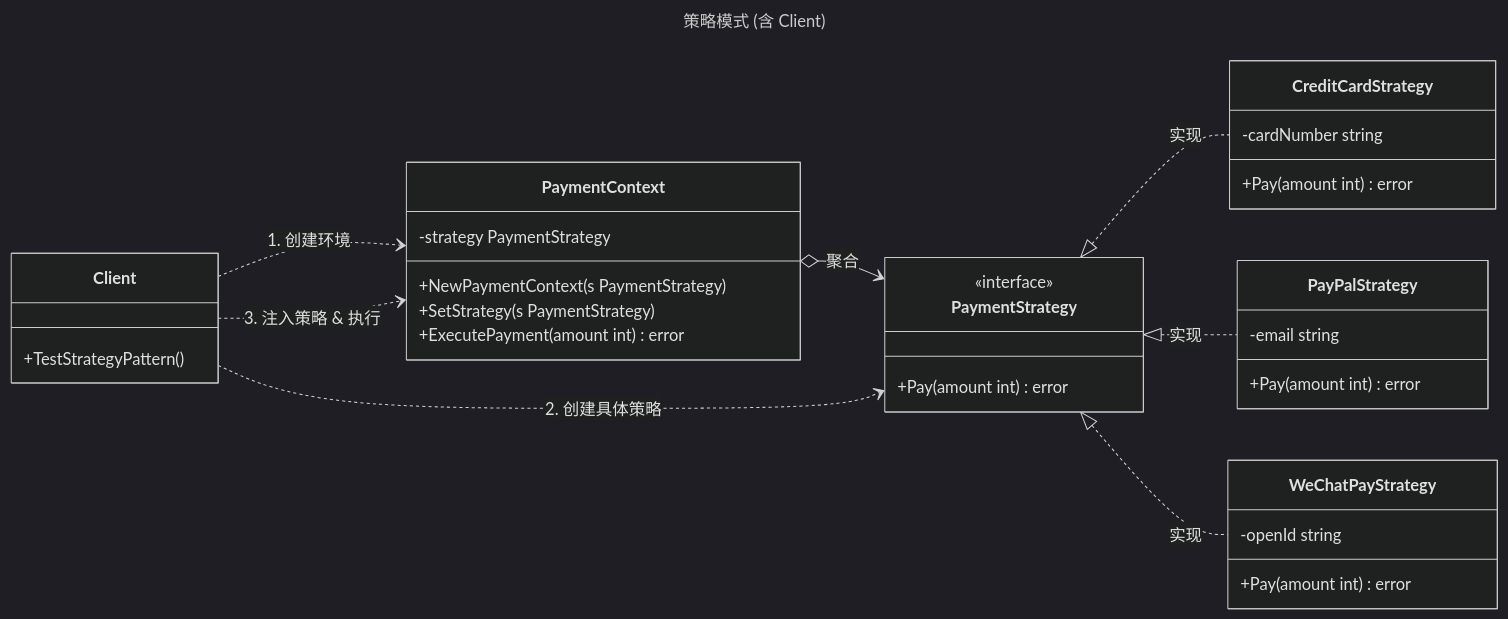
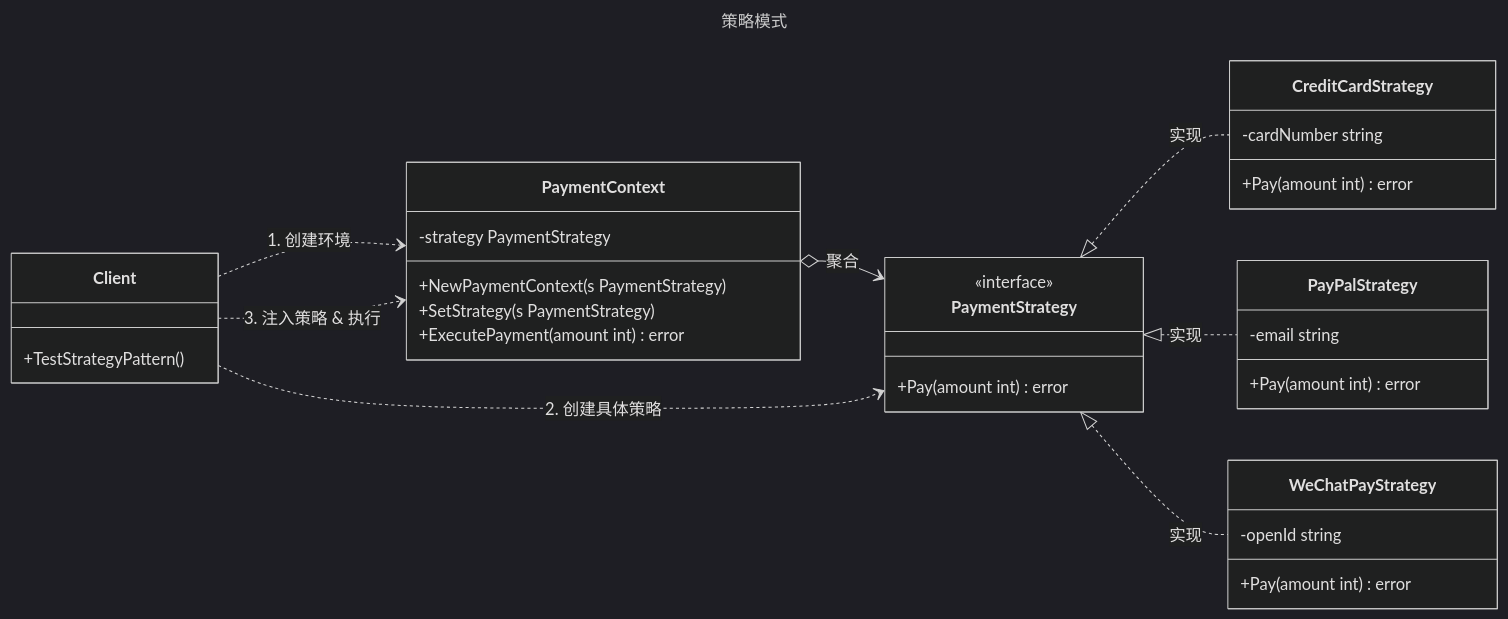
Before and after one commit to magicgopher/magicgopher-blog: the diagram in docs/zh/后端/01-Golang/03-Golang设计模式/22-策略模式.md, drawn with Mermaid (dark theme). The commit also changed other lines of this file and 5 other files, not shown here.

````diff
--- a/docs/zh/后端/01-Golang/03-Golang设计模式/22-策略模式.md
+++ b/docs/zh/后端/01-Golang/03-Golang设计模式/22-策略模式.md
@@ -32,51 +32,51 @@
 ```mermaid
 ---
-title: 策略模式 (含 Client)
+title: 策略模式
 ---
 classDiagram
     direction LR
 
     %% 定义 Client
     class Client {
         +TestStrategyPattern()
     }
 
     %% 策略接口
     class PaymentStrategy {
         <<interface>>
         +Pay(amount int) error
     }
 
     %% 环境类
     class PaymentContext {
         -strategy PaymentStrategy
         +NewPaymentContext(s PaymentStrategy)
         +SetStrategy(s PaymentStrategy)
         +ExecutePayment(amount int) error
     }
 
     %% 具体策略
     class CreditCardStrategy {
         -cardNumber string
         +Pay(amount int) error
     }
     class PayPalStrategy {
         -email string
         +Pay(amount int) error
     }
     class WeChatPayStrategy {
         -openId string
         +Pay(amount int) error
     }
 
     %% 关系描述
     PaymentContext o--> PaymentStrategy : 聚合
     PaymentStrategy <|.. CreditCardStrategy : 实现
     PaymentStrategy <|.. PayPalStrategy : 实现
     PaymentStrategy <|.. WeChatPayStrategy : 实现
     
     %% Client 关系
     Client ..> PaymentContext : 1. 创建环境
     Client ..> PaymentStrategy : 2. 创建具体策略
     Client ..> PaymentContext : 3. 注入策略 & 执行
 ```
````
